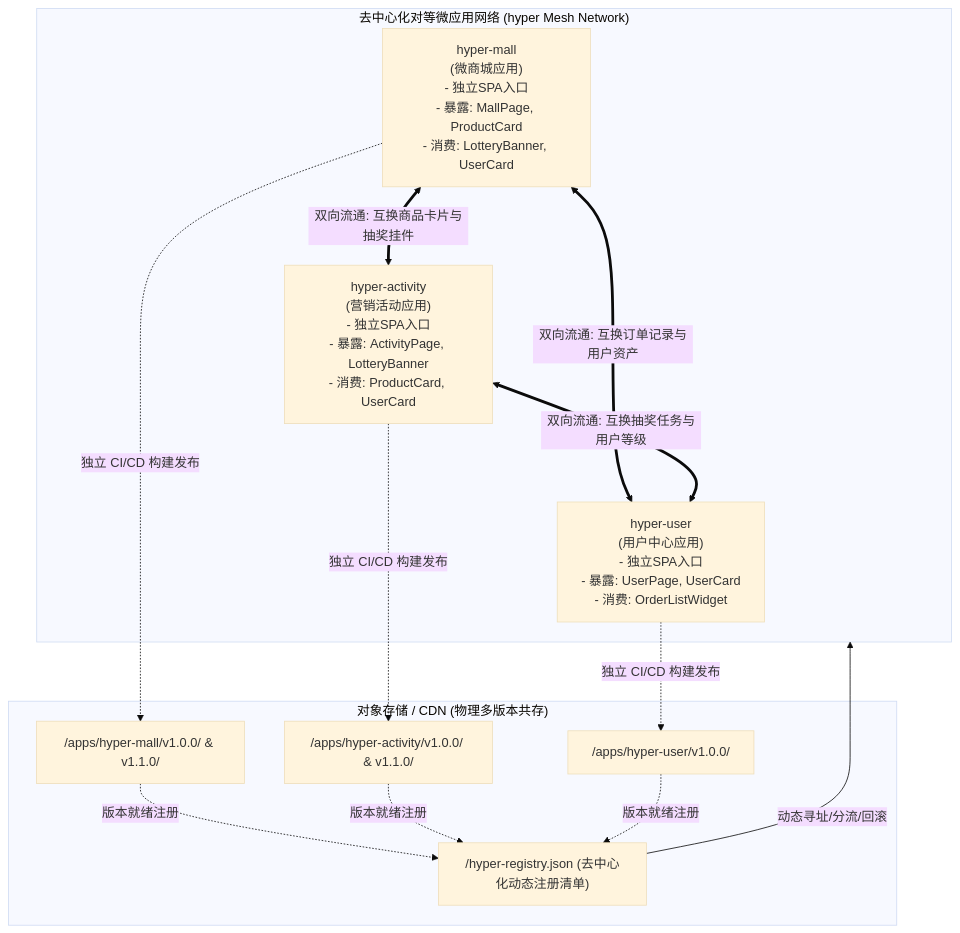
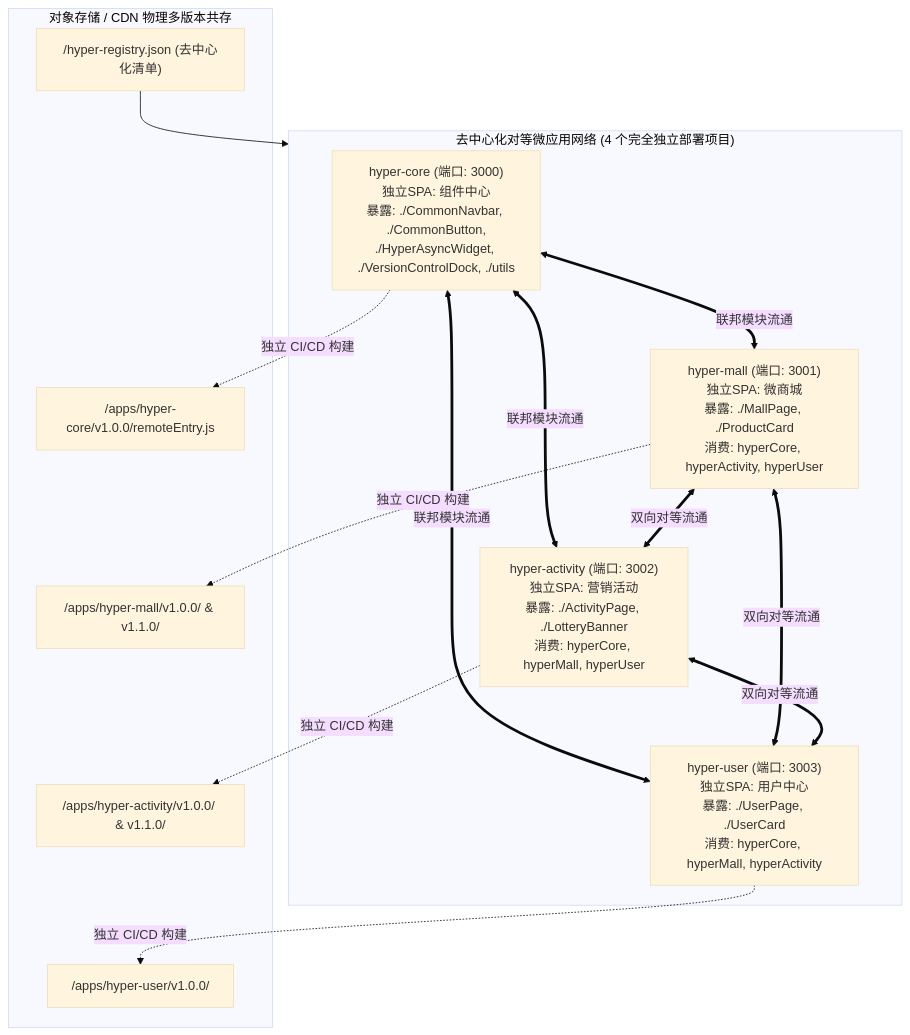
The diagram in docs/MODULE_FEDERATION_ENTERPRISE_ARCHITECTURE.md (soulToken/module-federation), drawn with Mermaid (base theme) before and after one commit. The commit also changed other lines of this file and 84 other files, not shown here.

Commit message:
feat: upgrade to peer-to-peer decentralized architecture with 4 independent apps

````diff
--- a/docs/MODULE_FEDERATION_ENTERPRISE_ARCHITECTURE.md
+++ b/docs/MODULE_FEDERATION_ENTERPRISE_ARCHITECTURE.md
@@ -68,29 +61,30 @@
 ```mermaid
 flowchart TD
-    subgraph Mesh["去中心化对等微应用网络 (hyper Mesh Network)"]
-        MALL["hyper-mall\n(微商城应用)\n- 独立SPA入口\n- 暴露: MallPage, ProductCard\n- 消费: LotteryBanner, UserCard"]
-        ACT["hyper-activity\n(营销活动应用)\n- 独立SPA入口\n- 暴露: ActivityPage, LotteryBanner\n- 消费: ProductCard, UserCard"]
-        USER["hyper-user\n(用户中心应用)\n- 独立SPA入口\n- 暴露: UserPage, UserCard\n- 消费: OrderListWidget"]
+    subgraph Mesh["去中心化对等微应用网络 (4 个完全独立部署项目)"]
+        CORE["hyper-core (端口: 3000)\n独立SPA: 组件中心\n暴露: ./CommonNavbar, ./CommonButton,\n./HyperAsyncWidget, ./VersionControlDock, ./utils"]
+        MALL["hyper-mall (端口: 3001)\n独立SPA: 微商城\n暴露: ./MallPage, ./ProductCard\n消费: hyperCore, hyperActivity, hyperUser"]
+        ACT["hyper-activity (端口: 3002)\n独立SPA: 营销活动\n暴露: ./ActivityPage, ./LotteryBanner\n消费: hyperCore, hyperMall, hyperUser"]
+        USER["hyper-user (端口: 3003)\n独立SPA: 用户中心\n暴露: ./UserPage, ./UserCard\n消费: hyperCore, hyperMall, hyperActivity"]
     end
 
-    MALL <==>|"双向流通: 互换商品卡片与抽奖挂件"| ACT
-    MALL <==>|"双向流通: 互换订单记录与用户资产"| USER
-    ACT <==>|"双向流通: 互换抽奖任务与用户等级"| USER
+    CORE <==>|"联邦模块流通"| MALL
+    CORE <==>|"联邦模块流通"| ACT
+    CORE <==>|"联邦模块流通"| USER
+    MALL <==>|"双向对等流通"| ACT
+    MALL <==>|"双向对等流通"| USER
+    ACT <==>|"双向对等流通"| USER
 
-    subgraph Storage["对象存储 / CDN (物理多版本共存)"]
+    subgraph Storage["对象存储 / CDN 物理多版本共存"]
+        CDN_CORE["/apps/hyper-core/v1.0.0/remoteEntry.js"]
         CDN_MALL["/apps/hyper-mall/v1.0.0/ & v1.1.0/"]
         CDN_ACT["/apps/hyper-activity/v1.0.0/ & v1.1.0/"]
         CDN_USER["/apps/hyper-user/v1.0.0/"]
-        REGISTRY["/hyper-registry.json (去中心化动态注册清单)"]
+        REGISTRY["/hyper-registry.json (去中心化清单)"]
     end
 
-    MALL -.->|"独立 CI/CD 构建发布"| CDN_MALL
-    ACT -.->|"独立 CI/CD 构建发布"| CDN_ACT
-    USER -.->|"独立 CI/CD 构建发布"| CDN_USER
-
-    CDN_MALL -.->|"版本就绪注册"| REGISTRY
-    CDN_ACT -.->|"版本就绪注册"| REGISTRY
-    CDN_USER -.->|"版本就绪注册"| REGISTRY
-
-    REGISTRY -->|"动态寻址/分流/回滚"| Mesh
+    CORE -.->|"独立 CI/CD 构建"| CDN_CORE
+    MALL -.->|"独立 CI/CD 构建"| CDN_MALL
+    ACT -.->|"独立 CI/CD 构建"| CDN_ACT
+    USER -.->|"独立 CI/CD 构建"| CDN_USER
+    REGISTRY --> Mesh
 ```
````
